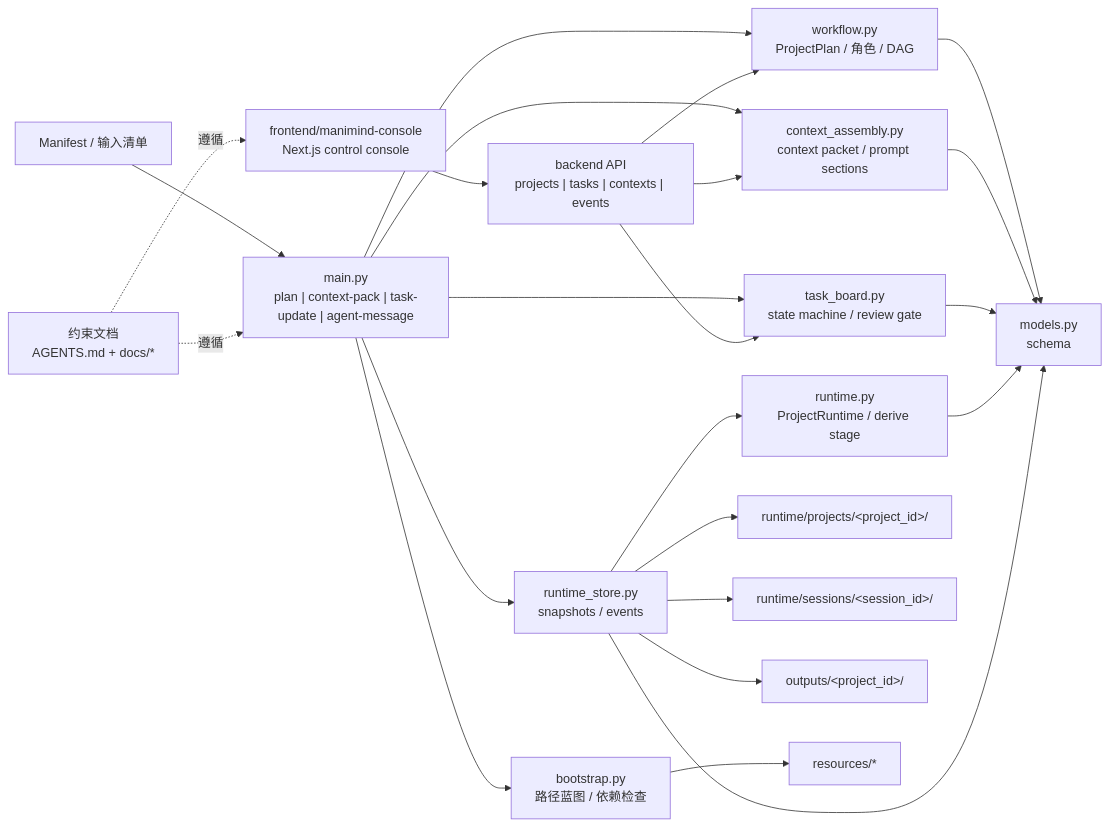
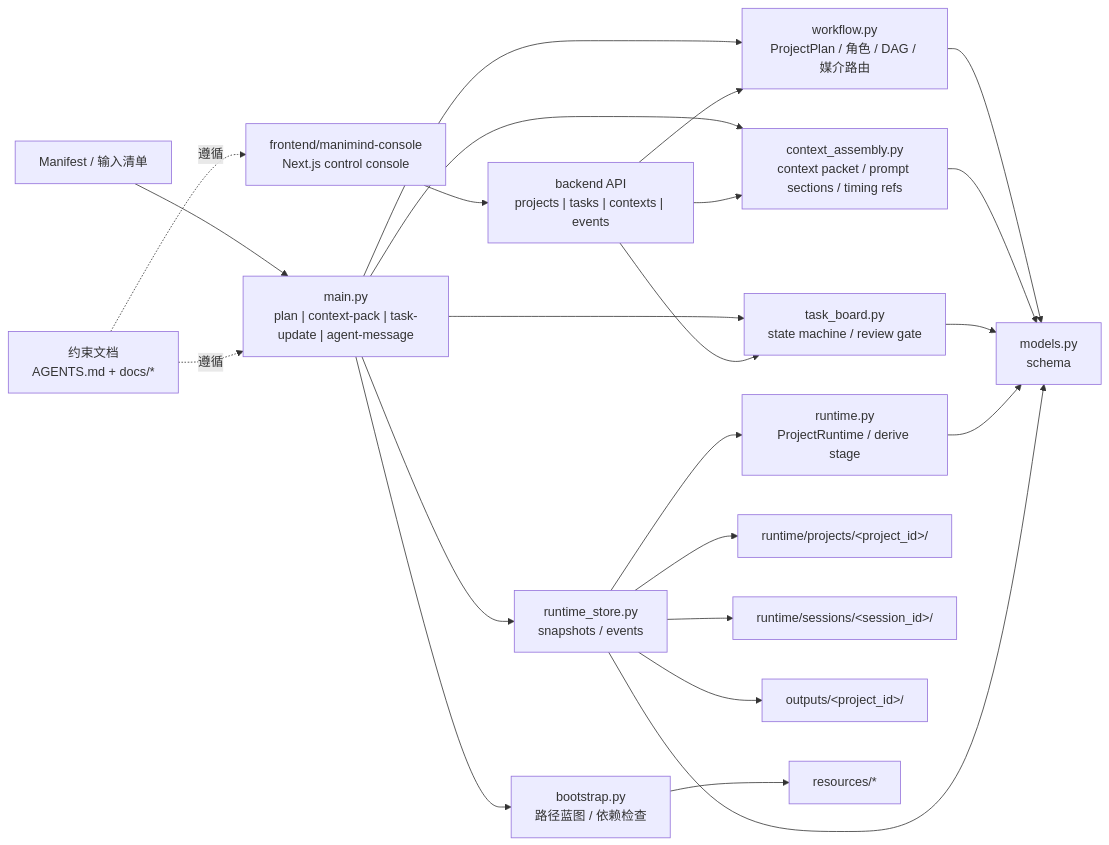
The diagram in docs/通用项目架构模板.md (proffitteoy/ManiMind), drawn with Mermaid before and after one commit. The commit also changed other lines of this file and 59 other files, not shown here.

````diff
--- a/docs/通用项目架构模板.md
+++ b/docs/通用项目架构模板.md
@@ -15,42 +15,42 @@
 ```mermaid
 flowchart LR
     Manifest["Manifest / 输入清单"]
     Docs["约束文档<br/>AGENTS.md + docs/*"]
     Main["main.py<br/>plan | context-pack | task-update | agent-message"]
     Frontend["frontend/manimind-console<br/>Next.js control console"]
     Api["backend API<br/>projects | tasks | contexts | events"]
     Bootstrap["bootstrap.py<br/>路径蓝图 / 依赖检查"]
     Models["models.py<br/>schema"]
-    Workflow["workflow.py<br/>ProjectPlan / 角色 / DAG"]
-    Context["context_assembly.py<br/>context packet / prompt sections"]
+    Workflow["workflow.py<br/>ProjectPlan / 角色 / DAG / 媒介路由"]
+    Context["context_assembly.py<br/>context packet / prompt sections / timing refs"]
     Board["task_board.py<br/>state machine / review gate"]
     Runtime["runtime.py<br/>ProjectRuntime / derive stage"]
     Store["runtime_store.py<br/>snapshots / events"]
     Projects["runtime/projects/&lt;project_id&gt;/"]
     Sessions["runtime/sessions/&lt;session_id&gt;/"]
     Outputs["outputs/&lt;project_id&gt;/"]
     Refs["resources/*"]
 
     Manifest --> Main
     Docs -.遵循.-> Main
     Docs -.遵循.-> Frontend
     Frontend --> Api
     Main --> Bootstrap
     Main --> Workflow
     Main --> Context
     Main --> Board
     Main --> Store
     Api --> Workflow
     Api --> Context
     Api --> Board
     Workflow --> Models
     Context --> Models
     Board --> Models
     Runtime --> Models
     Store --> Runtime
     Store --> Models
     Bootstrap --> Refs
     Store --> Projects
     Store --> Sessions
     Store --> Outputs
 ```
````
